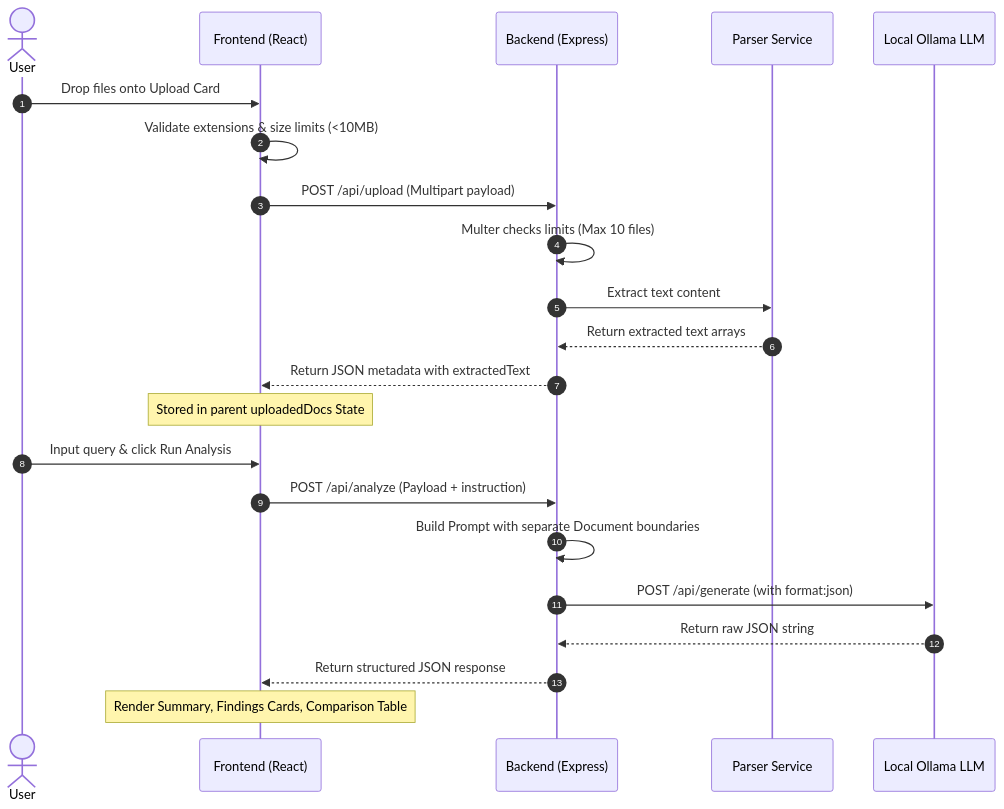
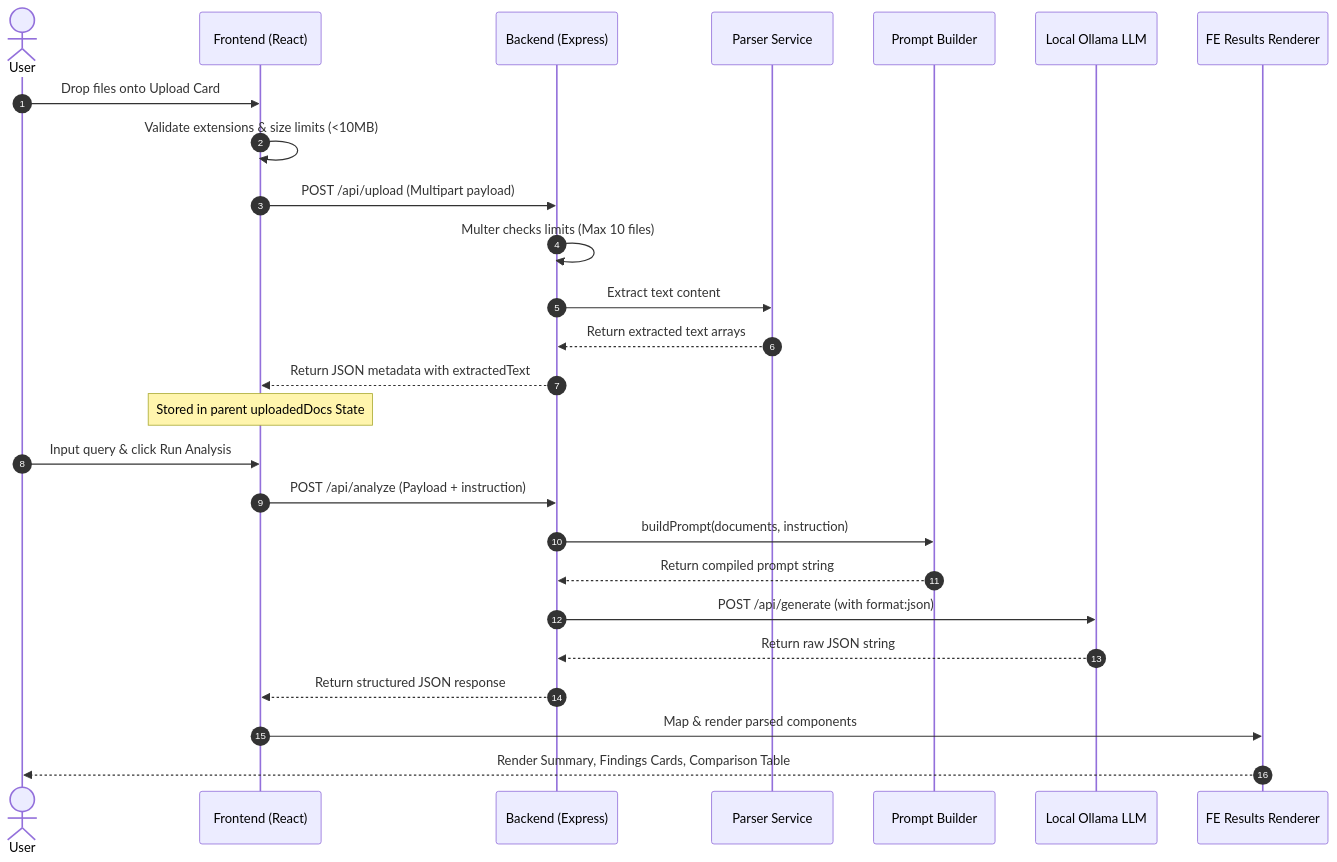
Before and after one commit to RahulJaggi/multi-document-intelligence-workbench: the second of 2 diagrams in README.md, drawn with Mermaid. The commit also changed other lines of this file, not shown here.

Commit message:
Polish README.md with clean TOC anchors, ASCII conceptual flow, and structured API logs

````diff
--- a/README.md
+++ b/README.md
@@ -175,25 +203,29 @@
 ```mermaid
 sequenceDiagram
     autonumber
     actor User
     participant FE as Frontend (React)
     participant BE as Backend (Express)
     participant parser as Parser Service
+    participant prompt as Prompt Builder
     participant Ollama as Local Ollama LLM
+    participant results as FE Results Renderer
 
     User->>FE: Drop files onto Upload Card
     FE->>FE: Validate extensions & size limits (<10MB)
     FE->>BE: POST /api/upload (Multipart payload)
     BE->>BE: Multer checks limits (Max 10 files)
     BE->>parser: Extract text content
     parser-->>BE: Return extracted text arrays
     BE-->>FE: Return JSON metadata with extractedText
     Note over FE: Stored in parent uploadedDocs State
     User->>FE: Input query & click Run Analysis
     FE->>BE: POST /api/analyze (Payload + instruction)
-    BE->>BE: Build Prompt with separate Document boundaries
+    BE->>prompt: buildPrompt(documents, instruction)
+    prompt-->>BE: Return compiled prompt string
     BE->>Ollama: POST /api/generate (with format:json)
     Ollama-->>BE: Return raw JSON string
     BE-->>FE: Return structured JSON response
-    Note over FE: Render Summary, Findings Cards, Comparison Table
+    FE->>results: Map & render parsed components
+    results-->>User: Render Summary, Findings Cards, Comparison Table
 ```
````
